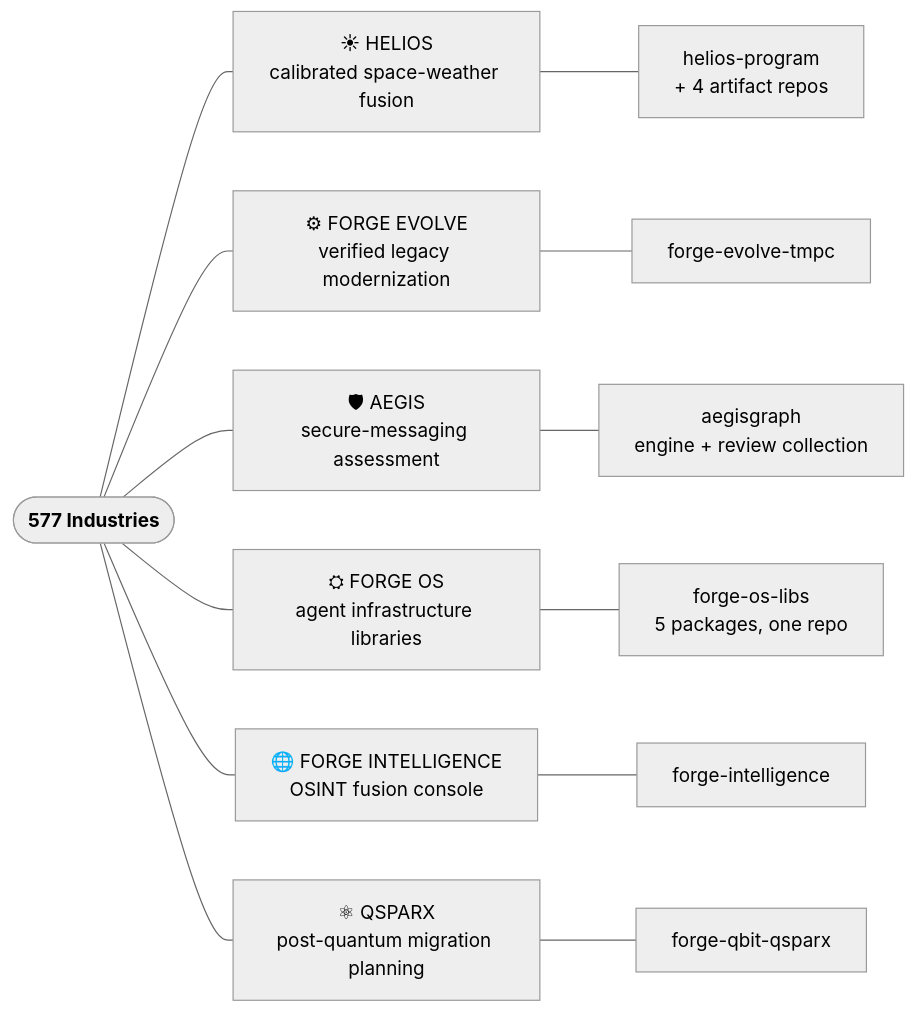
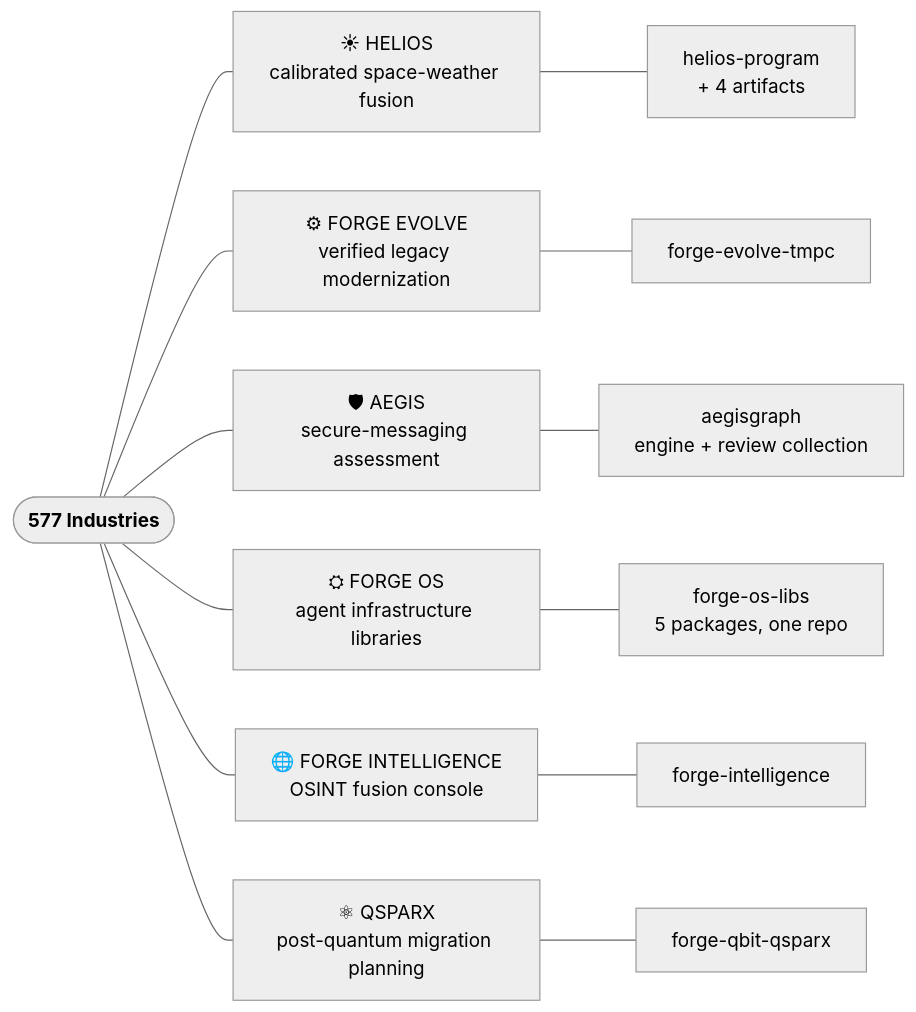
Before and after one commit to 577Industries/.github: the diagram in profile/README.md, drawn with Mermaid. The commit also changed other lines of this file, not shown here.

First line of the commit message:
Profile: the four HELIOS rows lead into the public monorepo

````diff
--- a/profile/README.md
+++ b/profile/README.md
@@ -30,18 +30,18 @@
 ```mermaid
 %%{init: {'theme':'neutral'}}%%
 flowchart LR
     ORG(["577 Industries"]):::org
     ORG --- HELIOS["☀ HELIOS<br/>calibrated space-weather fusion"]
     ORG --- EVOLVE["⚙ FORGE EVOLVE<br/>verified legacy modernization"]
     ORG --- AEGIS["🛡 AEGIS<br/>secure-messaging assessment"]
     ORG --- FOS["⛭ FORGE OS<br/>agent infrastructure libraries"]
     ORG --- FI["🌐 FORGE INTELLIGENCE<br/>OSINT fusion console"]
     ORG --- QS["⚛ QSPARX<br/>post-quantum migration planning"]
-    HELIOS --- hp["helios-program<br/>+ 4 artifact repos"]
+    HELIOS --- hp["helios-program<br/>+ 4 artifacts"]
     EVOLVE --- fe["forge-evolve-tmpc"]
     AEGIS --- ag["aegisgraph<br/>engine + review collection"]
     FOS --- fl["forge-os-libs<br/>5 packages, one repo"]
     FI --- fi["forge-intelligence"]
     QS --- qs["forge-qbit-qsparx"]
     classDef org font-weight:bold
 ```
````
